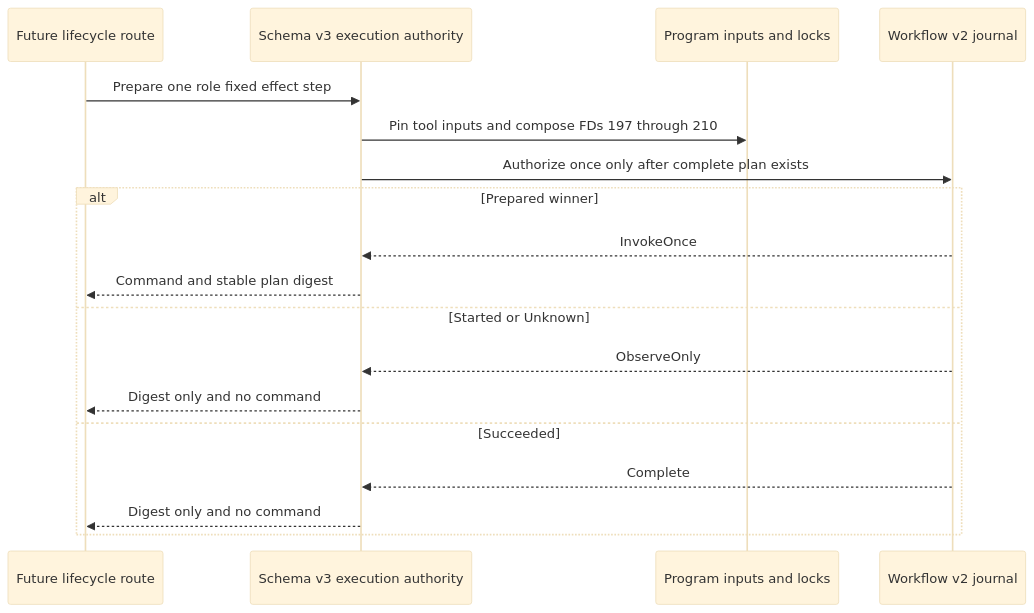
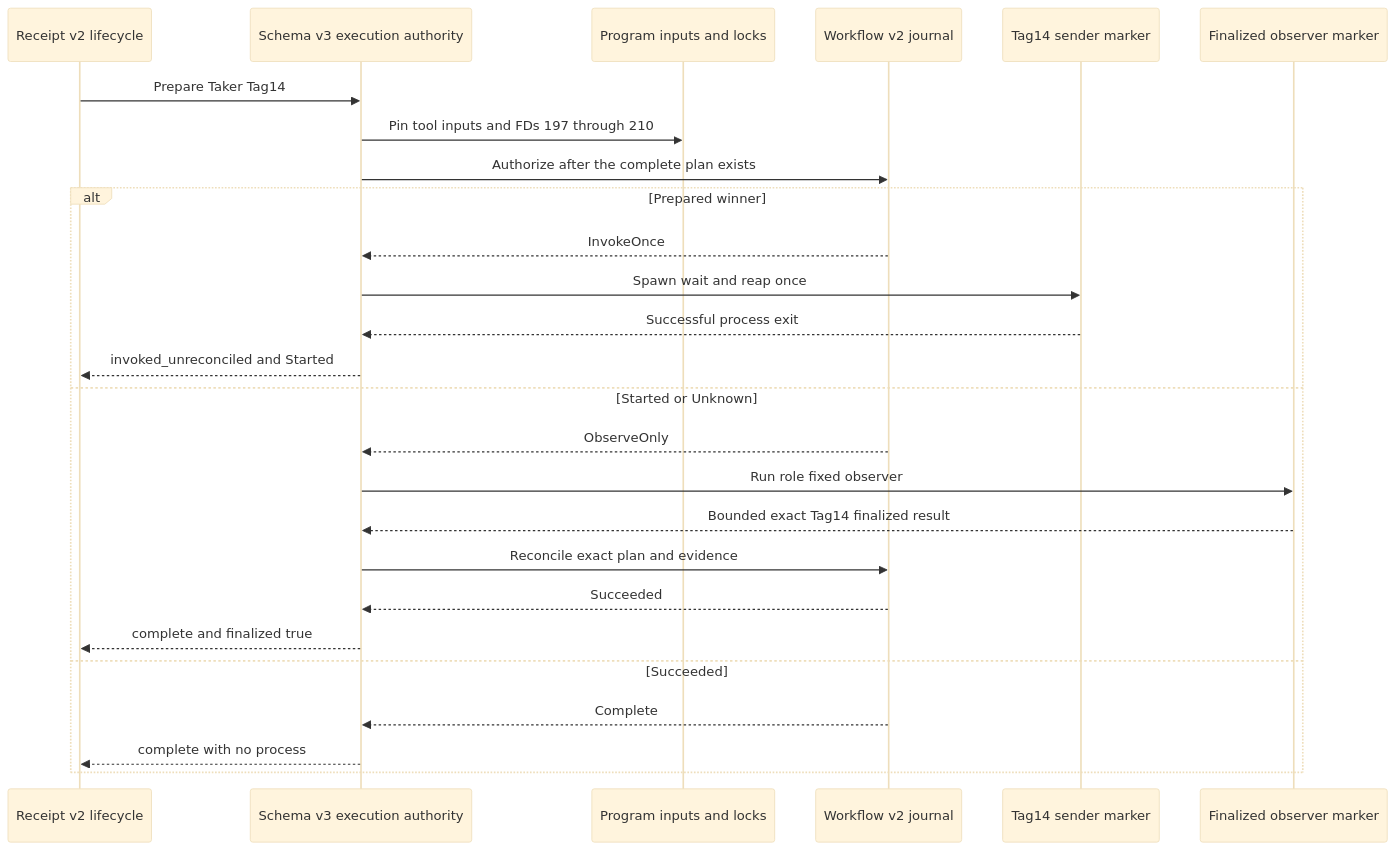
Before and after one commit to gateway-fm/lez-atomic-swaps: the fifth of 7 diagrams in docs/architecture/0126-separate-xmr-effect-workflow-authority.md, drawn with Mermaid (base theme). The commit also changed other lines of this file and 15 other files, not shown here.

````diff
--- a/docs/architecture/0126-separate-xmr-effect-workflow-authority.md
+++ b/docs/architecture/0126-separate-xmr-effect-workflow-authority.md
@@ -262,20 +262,28 @@
 ```mermaid
 sequenceDiagram
-    participant R as Future lifecycle route
+    participant R as Receipt v2 lifecycle
     participant E as Schema v3 execution authority
     participant P as Program inputs and locks
     participant W as Workflow v2 journal
-    R->>E: Prepare one role fixed effect step
-    E->>P: Pin tool inputs and compose FDs 197 through 210
-    E->>W: Authorize once only after complete plan exists
+    participant S as Tag14 sender marker
+    participant O as Finalized observer marker
+    R->>E: Prepare Taker Tag14
+    E->>P: Pin tool inputs and FDs 197 through 210
+    E->>W: Authorize after the complete plan exists
     alt Prepared winner
         W-->>E: InvokeOnce
-        E-->>R: Command and stable plan digest
+        E->>S: Spawn wait and reap once
+        S-->>E: Successful process exit
+        E-->>R: invoked_unreconciled and Started
     else Started or Unknown
         W-->>E: ObserveOnly
-        E-->>R: Digest only and no command
+        E->>O: Run role fixed observer
+        O-->>E: Bounded exact Tag14 finalized result
+        E->>W: Reconcile exact plan and evidence
+        W-->>E: Succeeded
+        E-->>R: complete and finalized true
     else Succeeded
         W-->>E: Complete
-        E-->>R: Digest only and no command
+        E-->>R: complete with no process
     end
 ```
````
